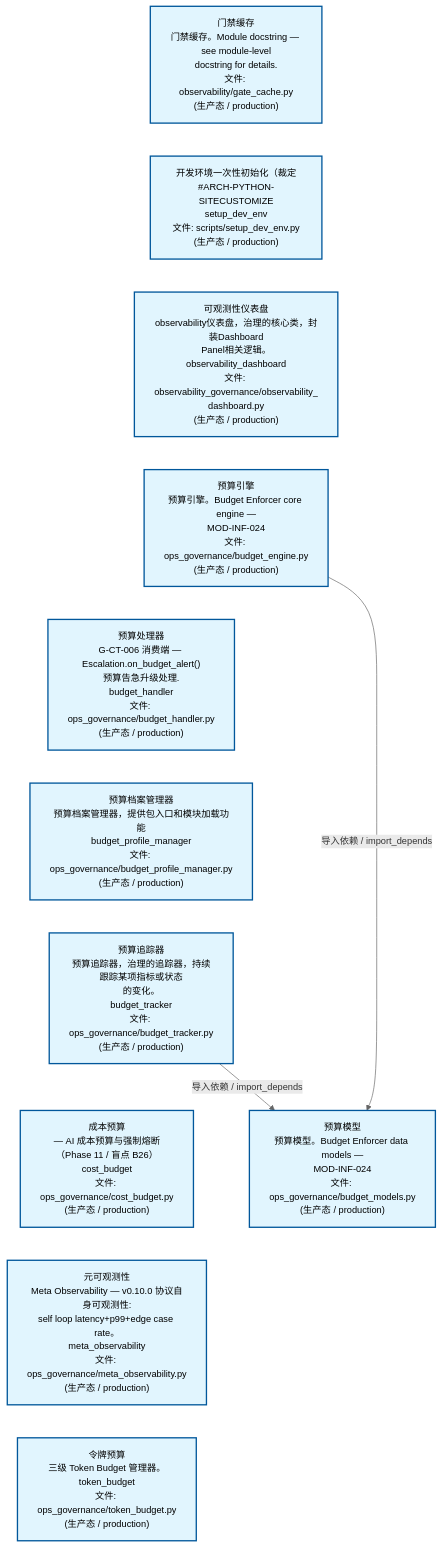
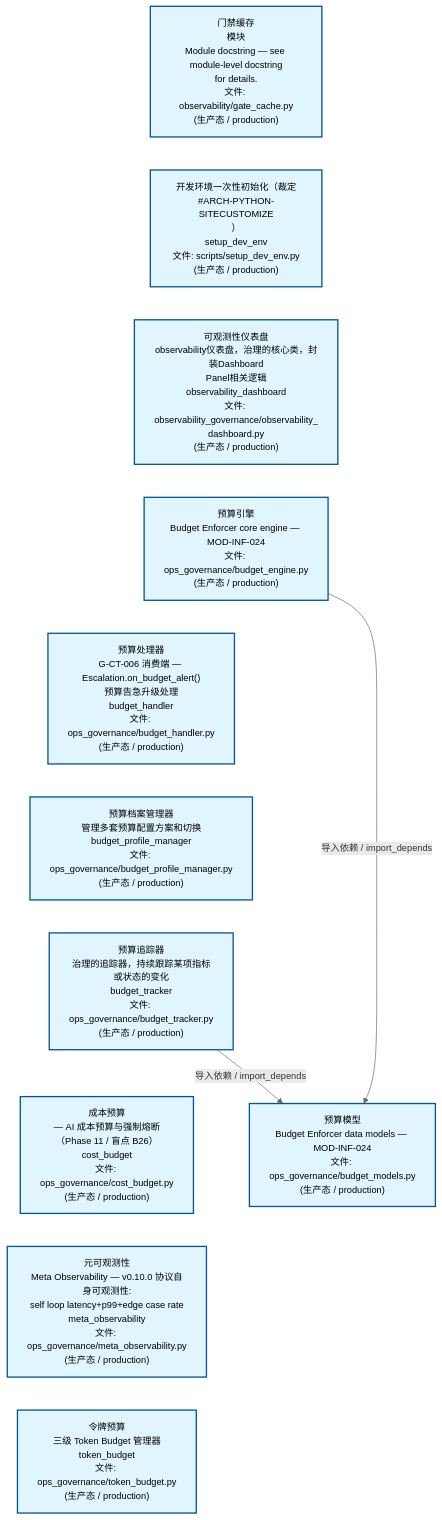
One commit to xuanFelixVan/ZephyrAlpha changed the second of 3 diagrams in docs/02_enterprise_architecture/02_domain_architecture_docs/24_d_ops.md. Above: the diagram before and after it, drawn with Mermaid. The commit also changed other lines of this file and 63 other files, not shown here.

````diff
--- a/docs/02_enterprise_architecture/02_domain_architecture_docs/24_d_ops.md
+++ b/docs/02_enterprise_architecture/02_domain_architecture_docs/24_d_ops.md
@@ -127,31 +125,31 @@
 ```mermaid
 %%{init: {'theme': 'base', 'themeVariables': {'primaryColor': '#eaeaea', 'primaryTextColor': '#333333', 'primaryBorderColor': '#666666', 'lineColor': '#666666', 'secondaryColor': '#eaeaea', 'tertiaryColor': '#eaeaea', 'fontSize': '14px'}}}%%
 flowchart TD
-    scripts_governance_observability_gate_cache_py["门禁缓存<br/>门禁缓存。Module docstring — see module-level<br/>docstring for details.<br/>文件: observability/gate_cache.py<br/>(生产态 / production)"]
-    scripts_setup_dev_env_py["开发环境一次性初始化（裁定<br/>#ARCH-PYTHON-SITECUSTOMIZE<br/>setup_dev_env<br/>文件: scripts/setup_dev_env.py<br/>(生产态 / production)"]
-    src_zephyr_governance_observability_governance_observability_dashboard_py["可观测性仪表盘<br/>observability仪表盘，治理的核心类，封装Dashboard<br/>Panel相关逻辑。<br/>observability_dashboard<br/>文件: observability_governance/observability_<br/>dashboard.py<br/>(生产态 / production)"]
-    src_zephyr_governance_ops_governance_budget_engine_py["预算引擎<br/>预算引擎。Budget Enforcer core engine —<br/>MOD-INF-024<br/>文件: ops_governance/budget_engine.py<br/>(生产态 / production)"]
-    src_zephyr_governance_ops_governance_budget_handler_py["预算处理器<br/>G-CT-006 消费端 — Escalation.on_budget_alert()<br/>预算告急升级处理.<br/>budget_handler<br/>文件: ops_governance/budget_handler.py<br/>(生产态 / production)"]
-    src_zephyr_governance_ops_governance_budget_profile_manager_py["预算档案管理器<br/>预算档案管理器，提供包入口和模块加载功能<br/>budget_profile_manager<br/>文件: ops_governance/budget_profile_manager.py<br/>(生产态 / production)"]
-    src_zephyr_governance_ops_governance_budget_tracker_py["预算追踪器<br/>预算追踪器，治理的追踪器，持续跟踪某项指标或状态<br/>的变化。<br/>budget_tracker<br/>文件: ops_governance/budget_tracker.py<br/>(生产态 / production)"]
+    scripts_governance_observability_gate_cache_py["门禁缓存<br/>模块<br/>Module docstring — see module-level docstring<br/>for details.<br/>文件: observability/gate_cache.py<br/>(生产态 / production)"]
+    scripts_setup_dev_env_py["开发环境一次性初始化（裁定<br/>#ARCH-PYTHON-SITECUSTOMIZE<br/>）<br/>setup_dev_env<br/>文件: scripts/setup_dev_env.py<br/>(生产态 / production)"]
+    src_zephyr_governance_observability_governance_observability_dashboard_py["可观测性仪表盘<br/>observability仪表盘，治理的核心类，封装Dashboard<br/>Panel相关逻辑<br/>observability_dashboard<br/>文件: observability_governance/observability_<br/>dashboard.py<br/>(生产态 / production)"]
+    src_zephyr_governance_ops_governance_budget_engine_py["预算引擎<br/>Budget Enforcer core engine — MOD-INF-024<br/>文件: ops_governance/budget_engine.py<br/>(生产态 / production)"]
+    src_zephyr_governance_ops_governance_budget_handler_py["预算处理器<br/>G-CT-006 消费端 — Escalation.on_budget_alert()<br/>预算告急升级处理<br/>budget_handler<br/>文件: ops_governance/budget_handler.py<br/>(生产态 / production)"]
+    src_zephyr_governance_ops_governance_budget_profile_manager_py["预算档案管理器<br/>管理多套预算配置方案和切换<br/>budget_profile_manager<br/>文件: ops_governance/budget_profile_manager.py<br/>(生产态 / production)"]
+    src_zephyr_governance_ops_governance_budget_tracker_py["预算追踪器<br/>治理的追踪器，持续跟踪某项指标或状态的变化<br/>budget_tracker<br/>文件: ops_governance/budget_tracker.py<br/>(生产态 / production)"]
     src_zephyr_governance_ops_governance_cost_budget_py["成本预算<br/>— AI 成本预算与强制熔断（Phase 11 / 盲点 B26）<br/>cost_budget<br/>文件: ops_governance/cost_budget.py<br/>(生产态 / production)"]
-    src_zephyr_governance_ops_governance_meta_observability_py["元可观测性<br/>Meta Observability — v0.10.0 协议自身可观测性:<br/>self loop latency+p99+edge case rate。<br/>meta_observability<br/>文件: ops_governance/meta_observability.py<br/>(生产态 / production)"]
-    src_zephyr_governance_ops_governance_token_budget_py["令牌预算<br/>三级 Token Budget 管理器。<br/>token_budget<br/>文件: ops_governance/token_budget.py<br/>(生产态 / production)"]
+    src_zephyr_governance_ops_governance_meta_observability_py["元可观测性<br/>Meta Observability — v0.10.0 协议自身可观测性:<br/>self loop latency+p99+edge case rate<br/>meta_observability<br/>文件: ops_governance/meta_observability.py<br/>(生产态 / production)"]
+    src_zephyr_governance_ops_governance_token_budget_py["令牌预算<br/>三级 Token Budget 管理器<br/>token_budget<br/>文件: ops_governance/token_budget.py<br/>(生产态 / production)"]
     scripts_governance_observability_gate_cache_py ~~~ scripts_setup_dev_env_py
     scripts_setup_dev_env_py ~~~ src_zephyr_governance_observability_governance_observability_dashboard_py
     src_zephyr_governance_observability_governance_observability_dashboard_py ~~~ src_zephyr_governance_ops_governance_budget_engine_py
     src_zephyr_governance_ops_governance_budget_engine_py ~~~ src_zephyr_governance_ops_governance_budget_handler_py
     src_zephyr_governance_ops_governance_budget_handler_py ~~~ src_zephyr_governance_ops_governance_budget_profile_manager_py
     src_zephyr_governance_ops_governance_budget_profile_manager_py ~~~ src_zephyr_governance_ops_governance_budget_tracker_py
     src_zephyr_governance_ops_governance_budget_tracker_py ~~~ src_zephyr_governance_ops_governance_cost_budget_py
     src_zephyr_governance_ops_governance_cost_budget_py ~~~ src_zephyr_governance_ops_governance_meta_observability_py
     src_zephyr_governance_ops_governance_meta_observability_py ~~~ src_zephyr_governance_ops_governance_token_budget_py
-    src_zephyr_governance_ops_governance_budget_models_py["预算模型<br/>预算模型。Budget Enforcer data models —<br/>MOD-INF-024<br/>文件: ops_governance/budget_models.py<br/>(生产态 / production)"]
+    src_zephyr_governance_ops_governance_budget_models_py["预算模型<br/>Budget Enforcer data models — MOD-INF-024<br/>文件: ops_governance/budget_models.py<br/>(生产态 / production)"]
     src_zephyr_governance_ops_governance_budget_engine_py -->|导入依赖 / import_depends| src_zephyr_governance_ops_governance_budget_models_py
     src_zephyr_governance_ops_governance_budget_tracker_py -->|导入依赖 / import_depends| src_zephyr_governance_ops_governance_budget_models_py
     classDef production fill:#e1f5fe,stroke:#01579b,stroke-width:2px,color:#000
     classDef design fill:#fff3e0,stroke:#e65100,stroke-width:2px,color:#000,stroke-dasharray: 5 5
     classDef external_prod fill:#e8f4fd,stroke:#0277bd,stroke-width:1px,color:#000
     classDef external_design fill:#fff8e7,stroke:#ef6c00,stroke-width:1px,color:#000,stroke-dasharray: 5 5
     class scripts_governance_observability_gate_cache_py,scripts_setup_dev_env_py,src_zephyr_governance_observability_governance_observability_dashboard_py,src_zephyr_governance_ops_governance_budget_engine_py,src_zephyr_governance_ops_governance_budget_handler_py,src_zephyr_governance_ops_governance_budget_models_py,src_zephyr_governance_ops_governance_budget_profile_manager_py,src_zephyr_governance_ops_governance_budget_tracker_py,src_zephyr_governance_ops_governance_cost_budget_py,src_zephyr_governance_ops_governance_meta_observability_py,src_zephyr_governance_ops_governance_token_budget_py production
 ```
````
